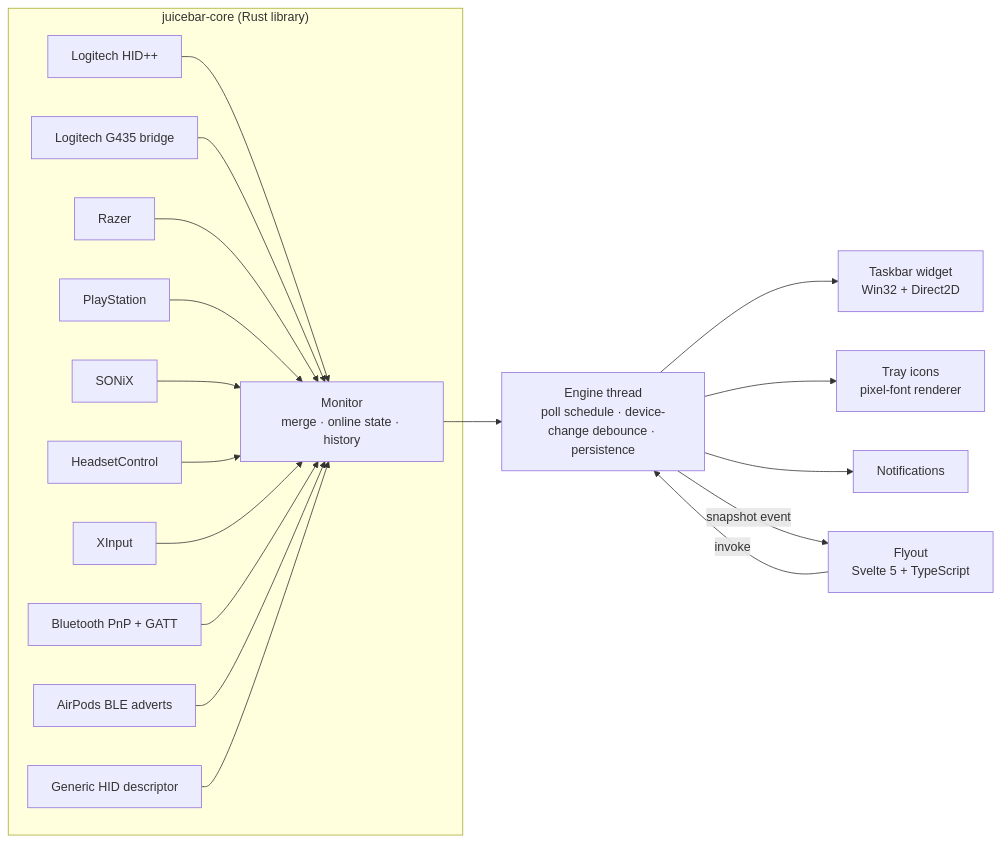
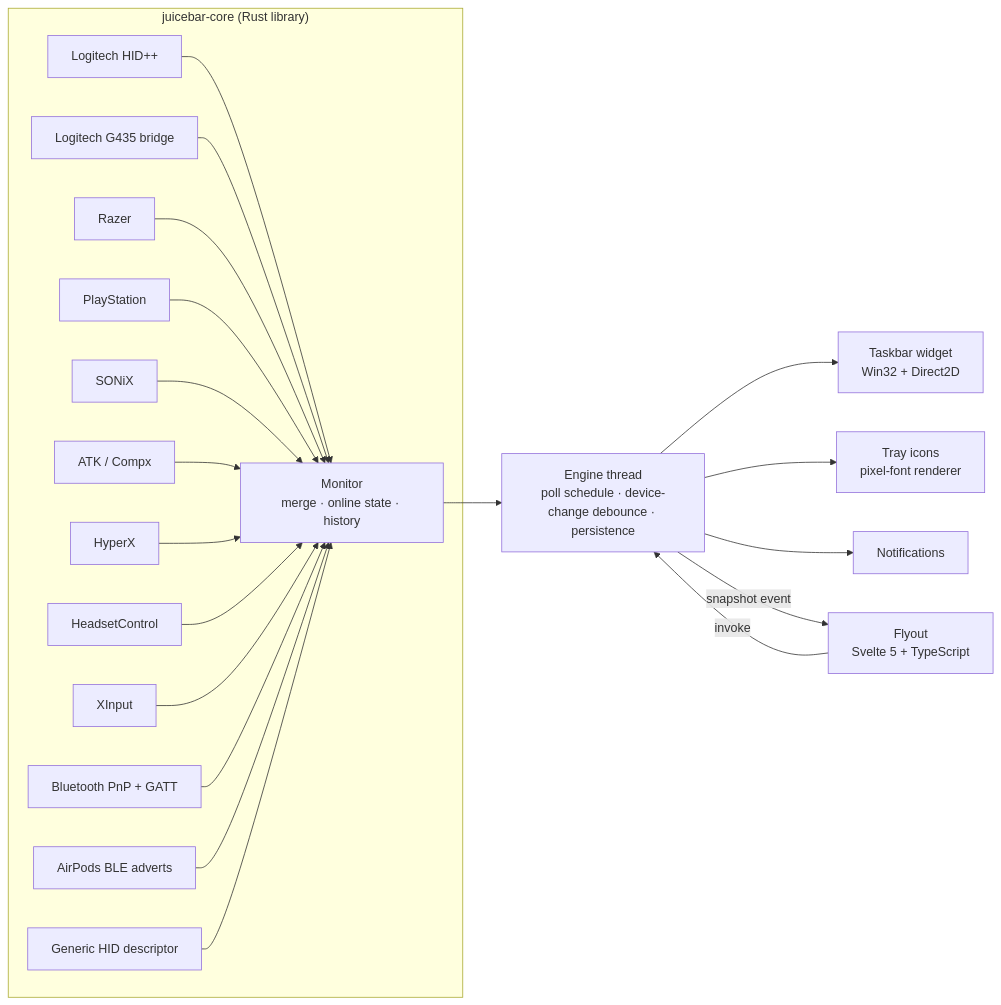
One commit to andrerafaelf/juicebar changed the diagram in README.md. Above: the diagram before and after it, drawn with Mermaid. The commit also changed other lines of this file and 4 other files, not shown here.

First line of the commit message:
Add native HyperX Cloud Alpha Wireless and ATK mouse support

````diff
--- a/README.md
+++ b/README.md
@@ -107,22 +109,24 @@
 ```mermaid
 flowchart LR
     subgraph core["juicebar-core (Rust library)"]
         P1[Logitech HID++] --> M
         P0[Logitech G435 bridge] --> M
         P2[Razer] --> M
         P3[PlayStation] --> M
         P4[SONiX] --> M
+        P10[ATK / Compx] --> M
+        P11[HyperX] --> M
         P5[HeadsetControl] --> M
         P6[XInput] --> M
         P7[Bluetooth PnP + GATT] --> M
         P8[AirPods BLE adverts] --> M
         P9[Generic HID descriptor] --> M
         M[Monitor<br/>merge · online state · history]
     end
     M --> E[Engine thread<br/>poll schedule · device-change debounce · persistence]
     E --> W[Taskbar widget<br/>Win32 + Direct2D]
     E --> T[Tray icons<br/>pixel-font renderer]
     E --> N[Notifications]
     E -- "snapshot" event --> UI[Flyout<br/>Svelte 5 + TypeScript]
     UI -- invoke --> E
 ```
````
